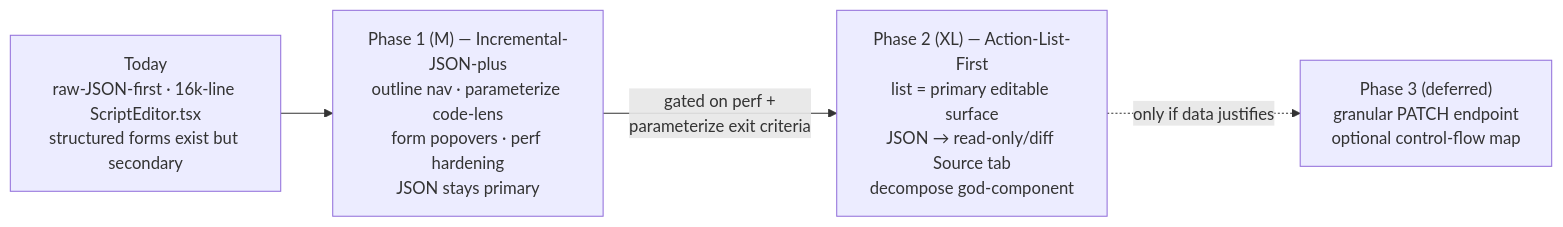
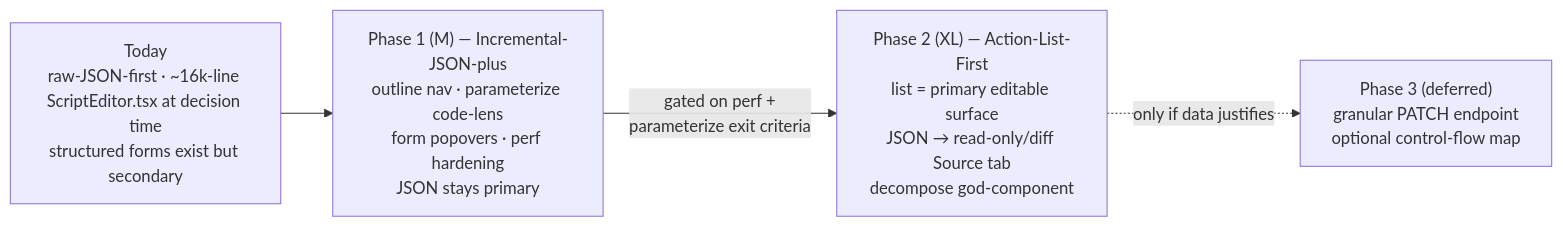
One commit to JasonCzech/APEX_Load changed the diagram in docs/SCRIPT_EDITOR_INTERACTION_MODEL.md. Above: the diagram before and after it, drawn with Mermaid. The commit also changed other lines of this file and 9 other files, not shown here.

````diff
--- a/docs/SCRIPT_EDITOR_INTERACTION_MODEL.md
+++ b/docs/SCRIPT_EDITOR_INTERACTION_MODEL.md
@@ -23,10 +27,10 @@
 ```mermaid
 flowchart LR
-    NOW["Today<br/>raw-JSON-first · 16k-line ScriptEditor.tsx<br/>structured forms exist but secondary"]
+    NOW["Today<br/>raw-JSON-first · ~16k-line ScriptEditor.tsx at decision time<br/>structured forms exist but secondary"]
     P1["Phase 1 (M) — Incremental-JSON-plus<br/>outline nav · parameterize code-lens<br/>form popovers · perf hardening<br/>JSON stays primary"]
     P2["Phase 2 (XL) — Action-List-First<br/>list = primary editable surface<br/>JSON → read-only/diff Source tab<br/>decompose god-component"]
     P3["Phase 3 (deferred)<br/>granular PATCH endpoint<br/>optional control-flow map"]
     NOW --> P1
     P1 -->|"gated on perf +<br/>parameterize exit criteria"| P2
     P2 -.->|"only if data justifies"| P3
 ```
````
